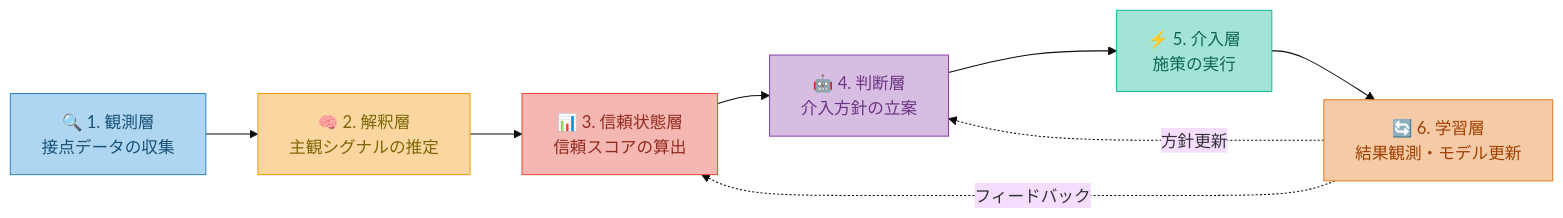
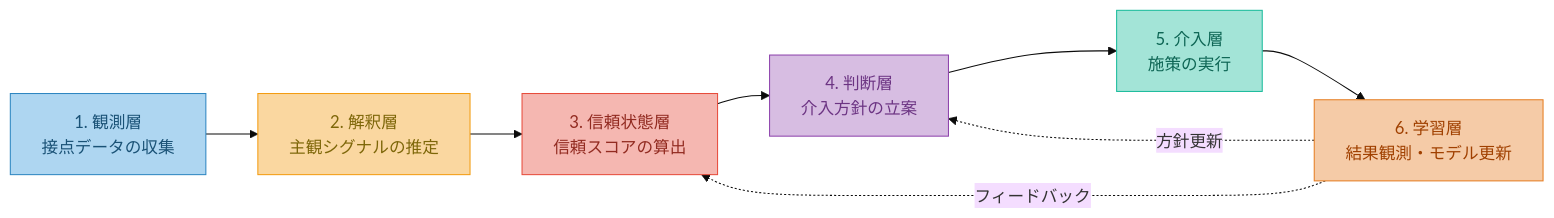
The diagram in README.md (KazuakiWatanabe/subjective-trust-platform), drawn with Mermaid (base theme) before and after one commit. The commit also changed other lines of this file, not shown here.

````diff
--- a/README.md
+++ b/README.md
@@ -67,17 +98,17 @@
 ```mermaid
 flowchart LR
-    A["🔍 1. 観測層<br/>接点データの収集"] --> B["🧠 2. 解釈層<br/>主観シグナルの推定"]
-    B --> C["📊 3. 信頼状態層<br/>信頼スコアの算出"]
-    C --> D["🤖 4. 判断層<br/>介入方針の立案"]
-    D --> E["⚡ 5. 介入層<br/>施策の実行"]
-    E --> F["🔄 6. 学習層<br/>結果観測・モデル更新"]
+    A["1. 観測層<br/>接点データの収集"] --> B["2. 解釈層<br/>主観シグナルの推定"]
+    B --> C["3. 信頼状態層<br/>信頼スコアの算出"]
+    C --> D["4. 判断層<br/>介入方針の立案"]
+    D --> E["5. 介入層<br/>施策の実行"]
+    E --> F["6. 学習層<br/>結果観測・モデル更新"]
     F -.->|フィードバック| C
     F -.->|方針更新| D
 
     style A fill:#AED6F1,stroke:#2E86C1,color:#1A5276
     style B fill:#FAD7A0,stroke:#F39C12,color:#7D6608
     style C fill:#F5B7B1,stroke:#E74C3C,color:#922B21
     style D fill:#D7BDE2,stroke:#8E44AD,color:#6C3483
     style E fill:#A3E4D7,stroke:#1ABC9C,color:#0E6655
     style F fill:#F5CBA7,stroke:#E67E22,color:#A04000
 ```
````
